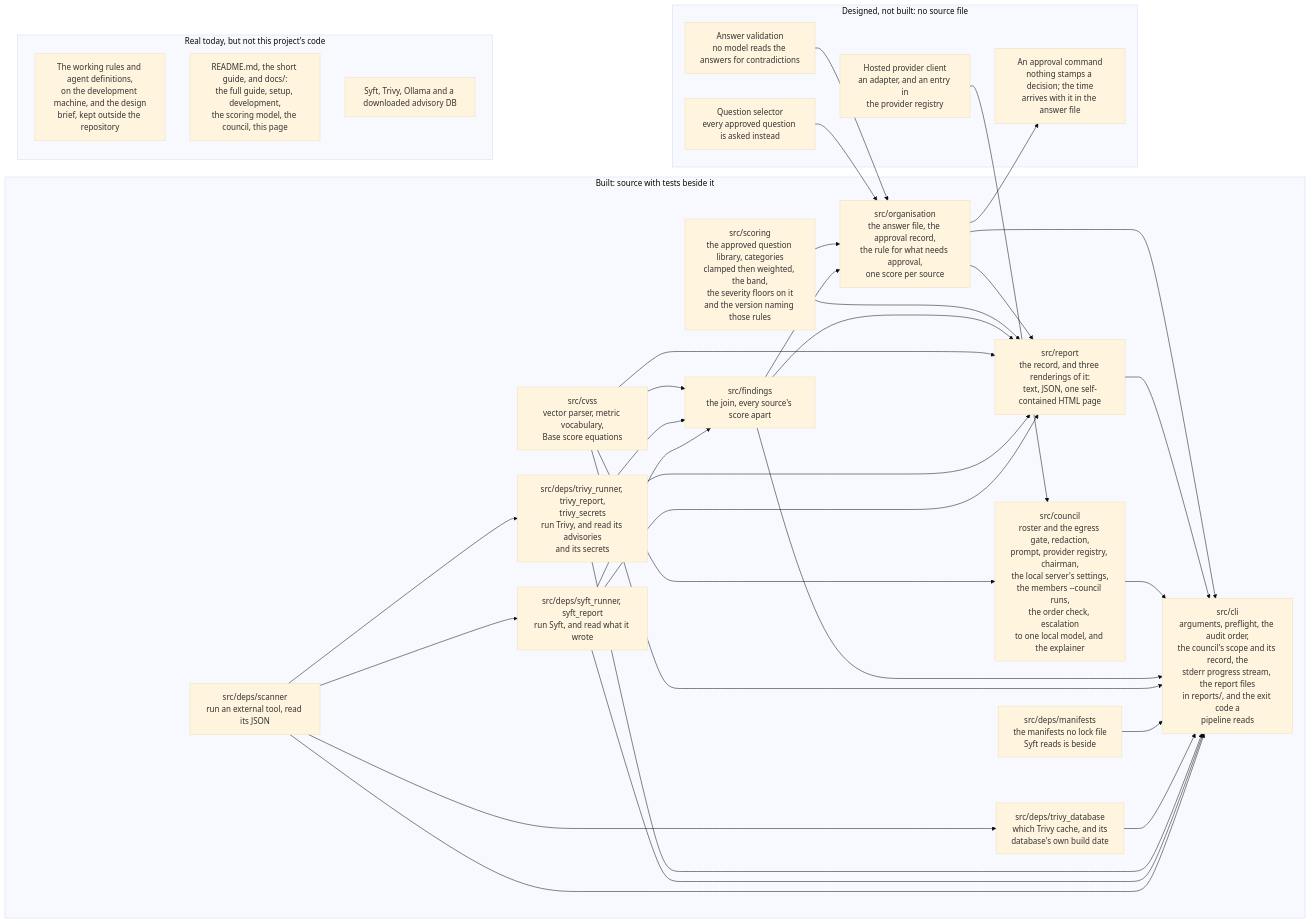
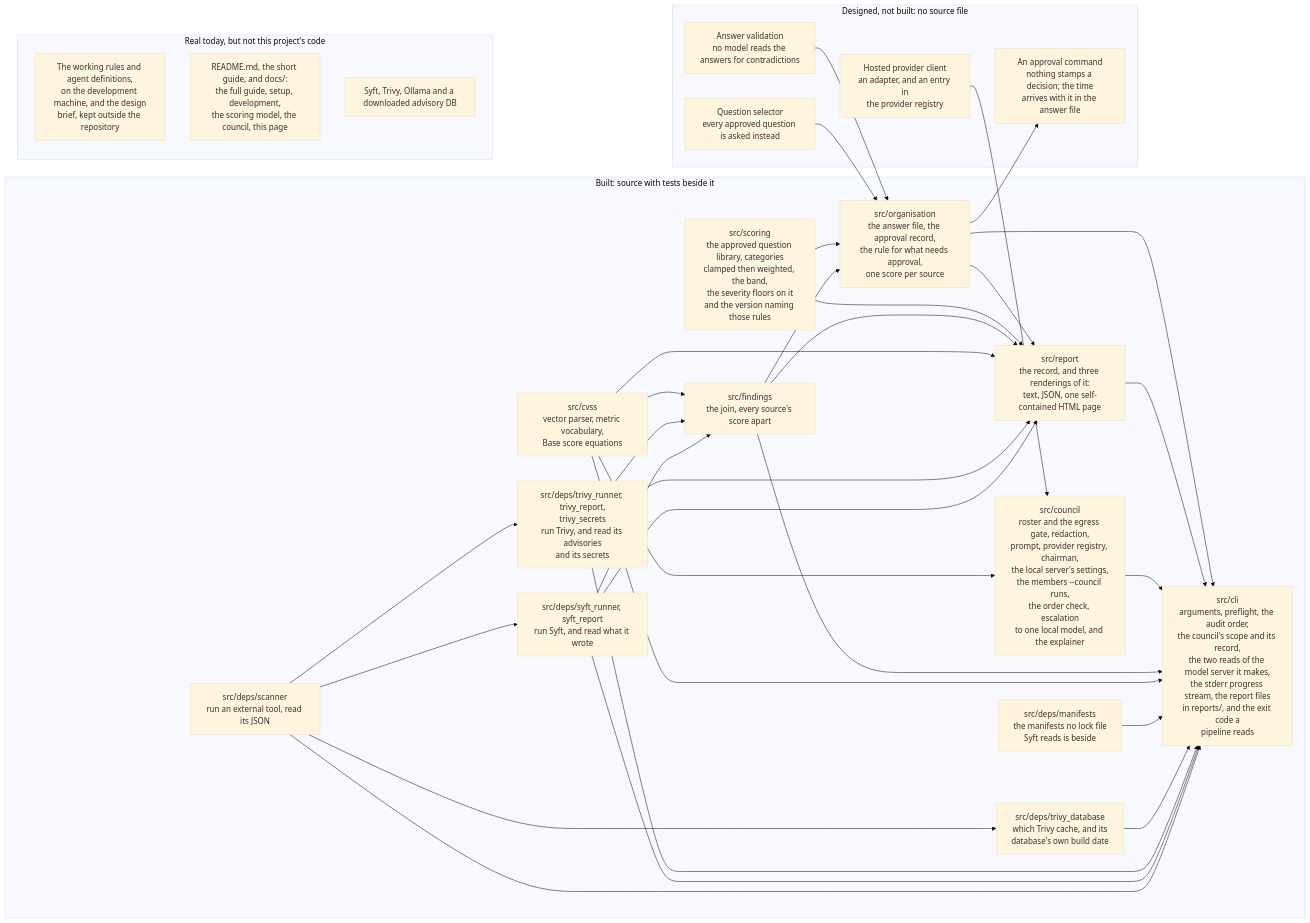
One commit to heinthtnaung/AgenticLLMAppAuditor changed the fifth of 5 diagrams in docs/diagrams.md. Above: the diagram before and after it, drawn with Mermaid (base theme). The commit also changed other lines of this file and 22 other files, not shown here.

Commit message:
Record the digest of every model a council run asks

````diff
--- a/docs/diagrams.md
+++ b/docs/diagrams.md
@@ -585,60 +594,60 @@
 ```mermaid
 flowchart LR
     subgraph BUILT["Built: source with tests beside it"]
         b0["src/deps/scanner<br/>run an external tool, read its JSON"]
         b1["src/deps/syft_runner, syft_report<br/>run Syft, and read what it wrote"]
         b2["src/deps/trivy_runner, trivy_report,<br/>trivy_secrets<br/>run Trivy, and read its advisories<br/>and its secrets"]
         b3["src/deps/trivy_database<br/>which Trivy cache, and its<br/>database's own build date"]
         b11["src/deps/manifests<br/>the manifests no lock file<br/>Syft reads is beside"]
         b4["src/cvss<br/>vector parser, metric vocabulary,<br/>Base score equations"]
         b5["src/findings<br/>the join, every source's score apart"]
         b7["src/council<br/>roster and the egress gate, redaction,<br/>prompt, provider registry, chairman,<br/>the local server's settings,<br/>the members --council runs,<br/>the order check, escalation<br/>to one local model, and the explainer"]
         b8["src/report<br/>the record, and three renderings of it:<br/>text, JSON, one self-contained HTML page"]
-        b9["src/cli<br/>arguments, preflight, the audit order,<br/>the council's scope and its record, the<br/>stderr progress stream, the report files<br/>in reports/, and the exit code a<br/>pipeline reads"]
+        b9["src/cli<br/>arguments, preflight, the audit order,<br/>the council's scope and its record,<br/>the two reads of the model server it makes,<br/>the stderr progress stream, the report files<br/>in reports/, and the exit code a<br/>pipeline reads"]
         b6["src/scoring<br/>the approved question library, categories<br/>clamped then weighted, the band,<br/>the severity floors on it<br/>and the version naming those rules"]
         b10["src/organisation<br/>the answer file, the approval record,<br/>the rule for what needs approval,<br/>one score per source"]
         b0 --> b1
         b0 --> b2
         b0 --> b3
         b0 --> b9
         b1 --> b5
         b1 --> b8
         b1 --> b9
         b2 --> b5
         b2 --> b8
         b2 --> b9
         b3 --> b9
         b11 --> b9
         b4 --> b5
         b4 --> b7
         b4 --> b8
         b4 --> b9
         b5 --> b8
         b5 --> b9
         b5 --> b10
         b6 --> b8
         b6 --> b10
         b7 --> b9
         b8 --> b9
         b10 --> b8
         b10 --> b9
     end
 
     subgraph UNBUILT["Designed, not built: no source file"]
         d2["Question selector<br/>every approved question is asked instead"]
         d3["Answer validation<br/>no model reads the answers for contradictions"]
         d6["Hosted provider client<br/>an adapter, and an entry in<br/>the provider registry"]
         d12["An approval command<br/>nothing stamps a decision; the time<br/>arrives with it in the answer file"]
     end
 
     d6 --> b7
     d2 --> b10
     d3 --> b10
     b10 --> d12
 
     subgraph REAL["Real today, but not this project's code"]
         x1["The working rules and agent definitions,<br/>on the development machine, and the design<br/>brief, kept outside the repository"]
         x2["README.md, the short guide, and docs/:<br/>the full guide, setup, development,<br/>the scoring model, the council, this page"]
         x4["Syft, Trivy, Ollama and a downloaded advisory DB"]
     end
 ```
````
